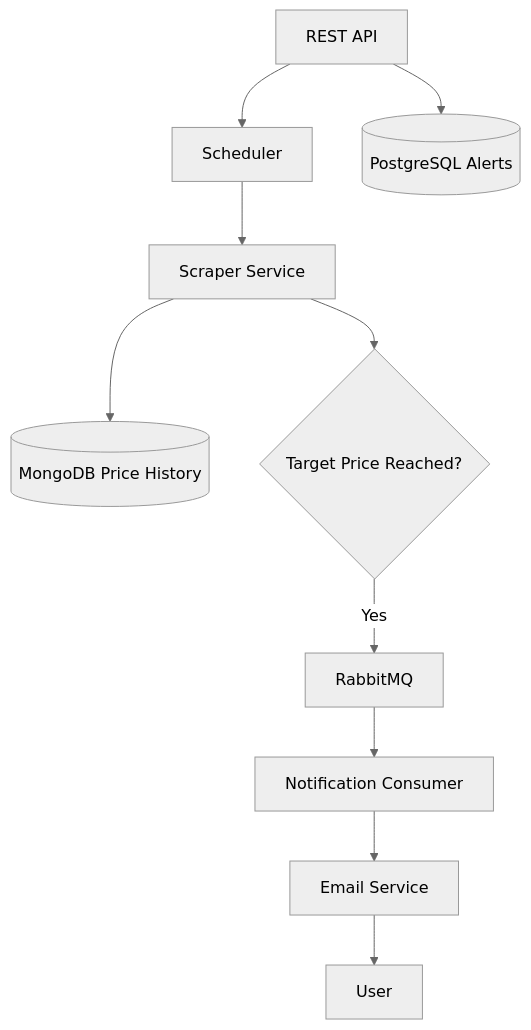
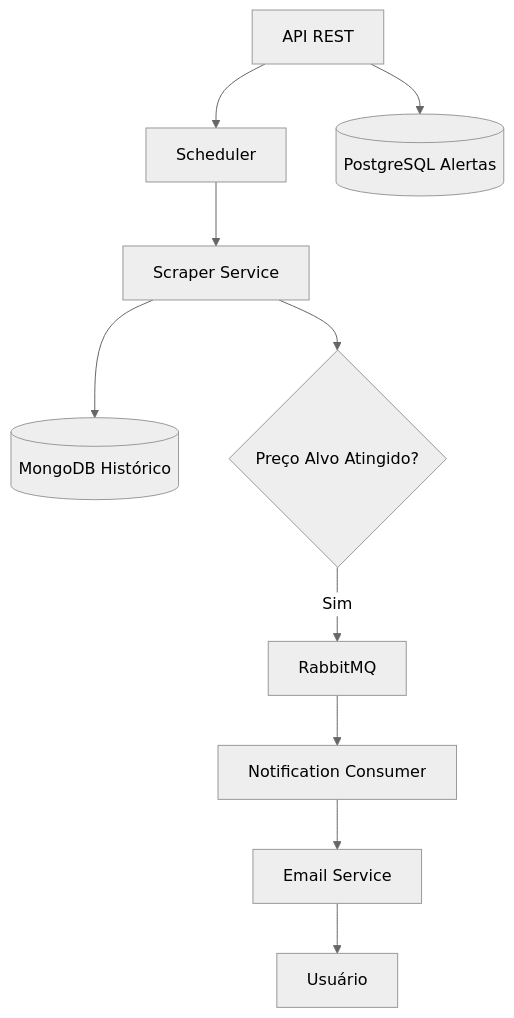
Before and after one commit to loac02/priceWatch: the diagram in README.md, drawn with Mermaid (neutral theme). The commit also changed other lines of this file, not shown here.

````diff
--- a/README.md
+++ b/README.md
@@ -73,16 +73,16 @@
 ```mermaid
 flowchart TD
 
-A[REST API] --> B[Scheduler]
+A[API REST] --> B[Scheduler]
 B --> C[Scraper Service]
 
-C --> D[(MongoDB Price History)]
-C --> E{Target Price Reached?}
+C --> D[(MongoDB Histórico)]
+C --> E{Preço Alvo Atingido?}
 
-E -->|Yes| F[RabbitMQ]
+E -->|Sim| F[RabbitMQ]
 F --> G[Notification Consumer]
 G --> H[Email Service]
-H --> I[User]
+H --> I[Usuário]
 
-A --> J[(PostgreSQL Alerts)]
+A --> J[(PostgreSQL Alertas)]
 ```
````
